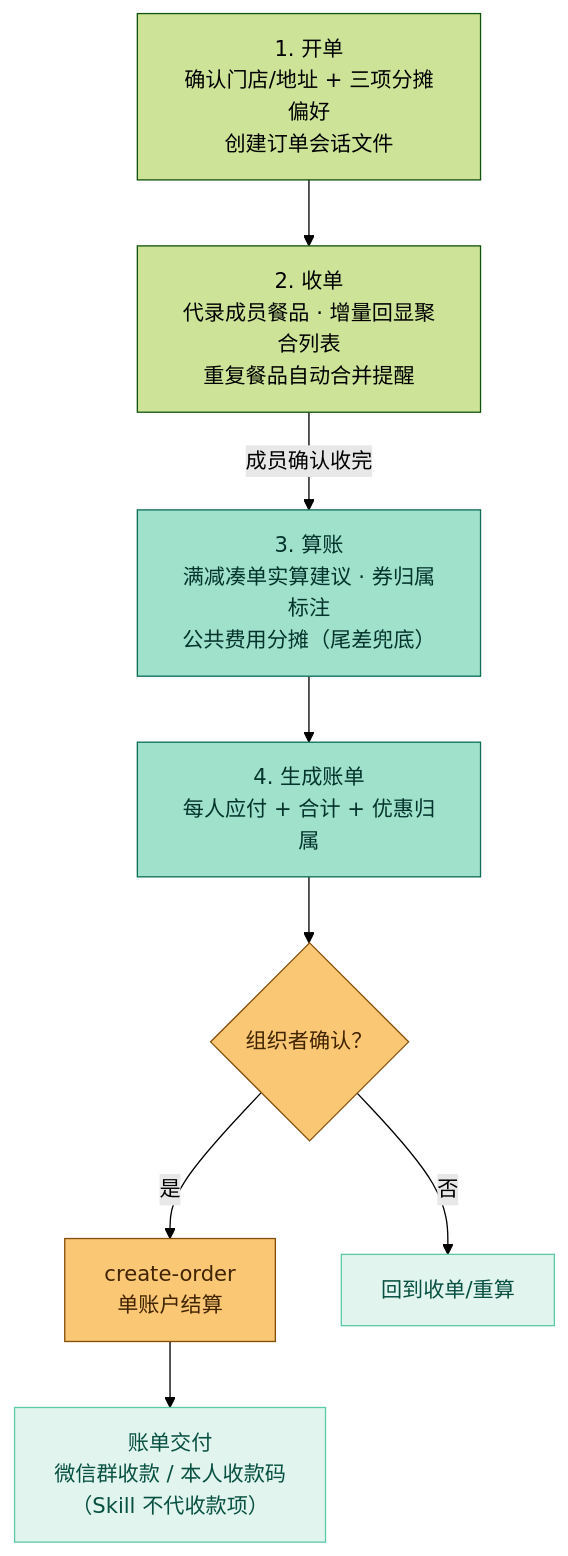
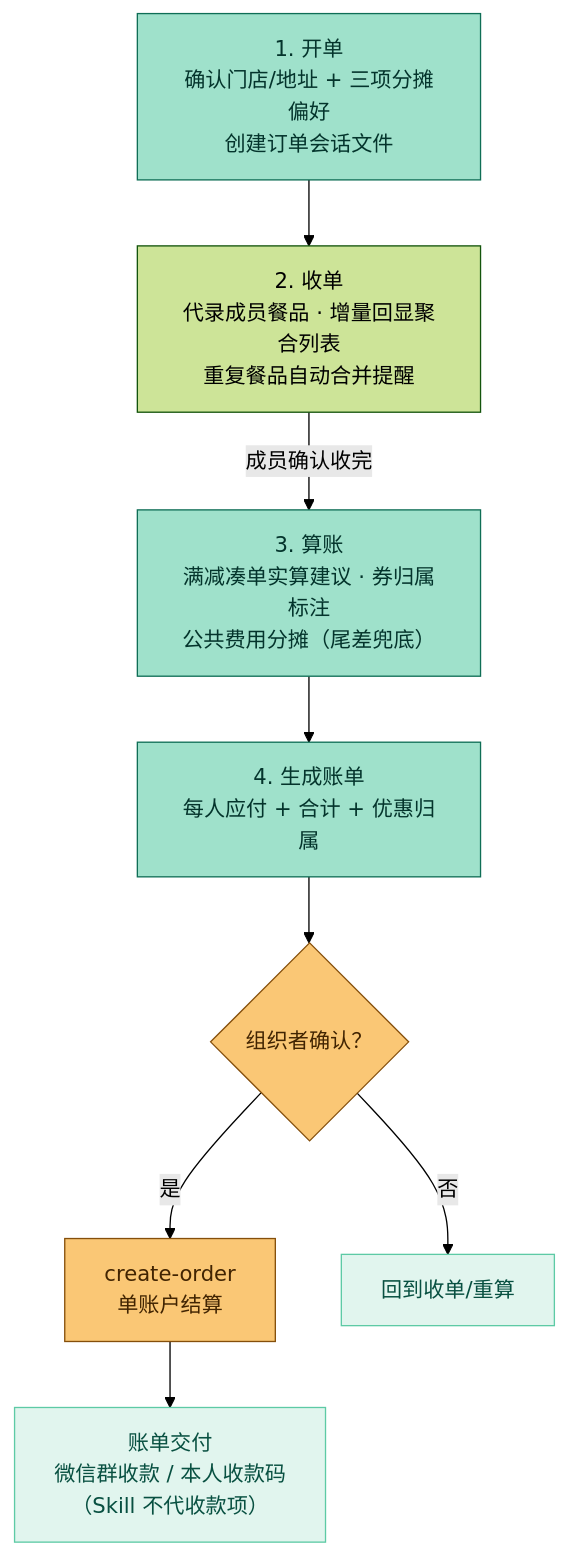
The fourth of 4 diagrams in MCP_INTEGRATION.md (junxchan54-maker/mcd-cn-assistant), drawn with Mermaid (forest theme) before and after one commit. The commit also changed other lines of this file and 6 other files, not shown here.

````diff
--- a/MCP_INTEGRATION.md
+++ b/MCP_INTEGRATION.md
@@ -164,16 +173,17 @@
 ```mermaid
 flowchart TD
     G1["1. 开单<br/>确认门店/地址 + 三项分摊偏好<br/>创建订单会话文件"] --> G2["2. 收单<br/>代录成员餐品 · 增量回显聚合列表<br/>重复餐品自动合并提醒"]
     G2 -->|成员确认收完| G3["3. 算账<br/>满减凑单实算建议 · 券归属标注<br/>公共费用分摊（尾差兜底）"]
     G3 --> G4["4. 生成账单<br/>每人应付 + 合计 + 优惠归属"]
     G4 --> G5{"组织者确认？"}
     G5 -->|是| G6["create-order<br/>单账户结算"]
     G5 -->|否| G7["回到收单/重算"]
     G6 --> G8["账单交付<br/>微信群收款 / 本人收款码<br/>（Skill 不代收款项）"]
+    style G1 fill:#9FE1CB,stroke:#0F6E56,color:#04342C
     style G3 fill:#9FE1CB,stroke:#0F6E56,color:#04342C
     style G4 fill:#9FE1CB,stroke:#0F6E56,color:#04342C
     style G5 fill:#FAC775,stroke:#854F0B,color:#412402
     style G6 fill:#FAC775,stroke:#854F0B,color:#412402
     style G7 fill:#E1F5EE,stroke:#5DCAA5,color:#085041
     style G8 fill:#E1F5EE,stroke:#5DCAA5,color:#085041
 ```
````
